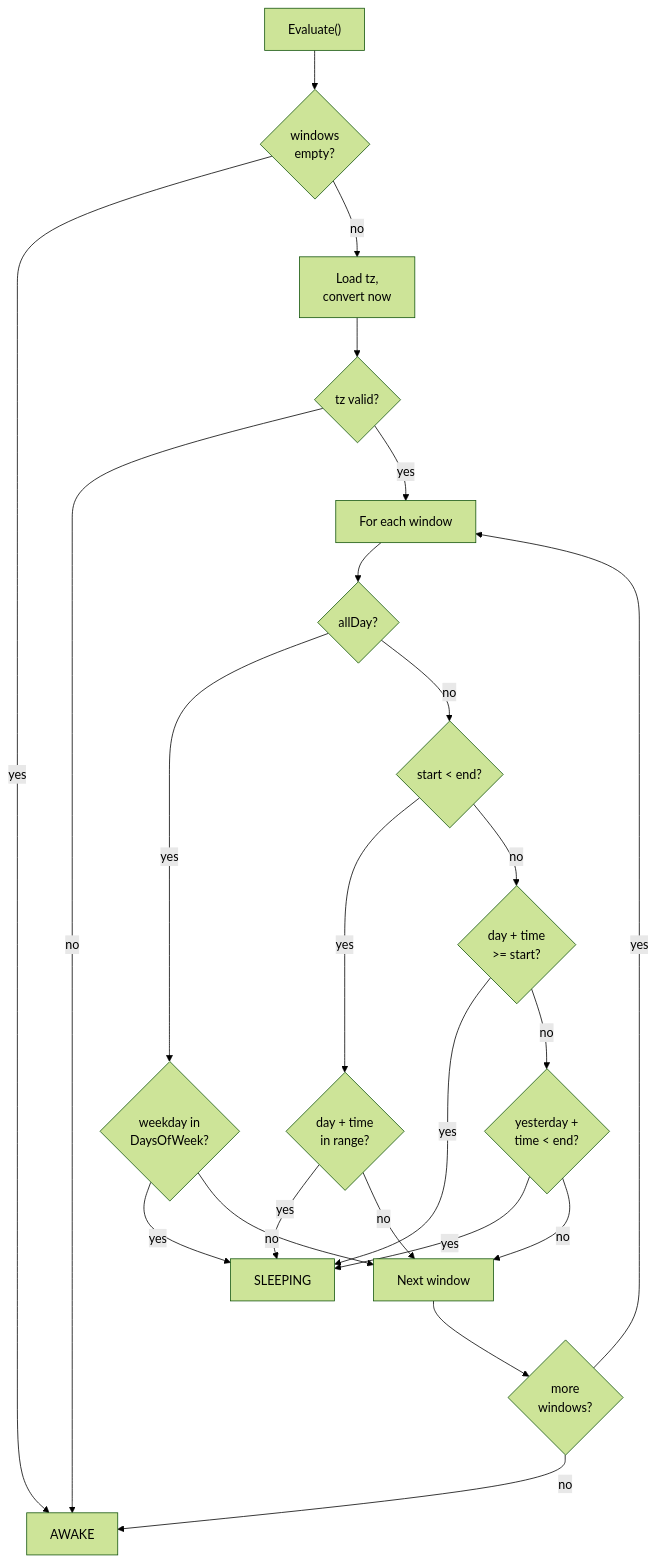
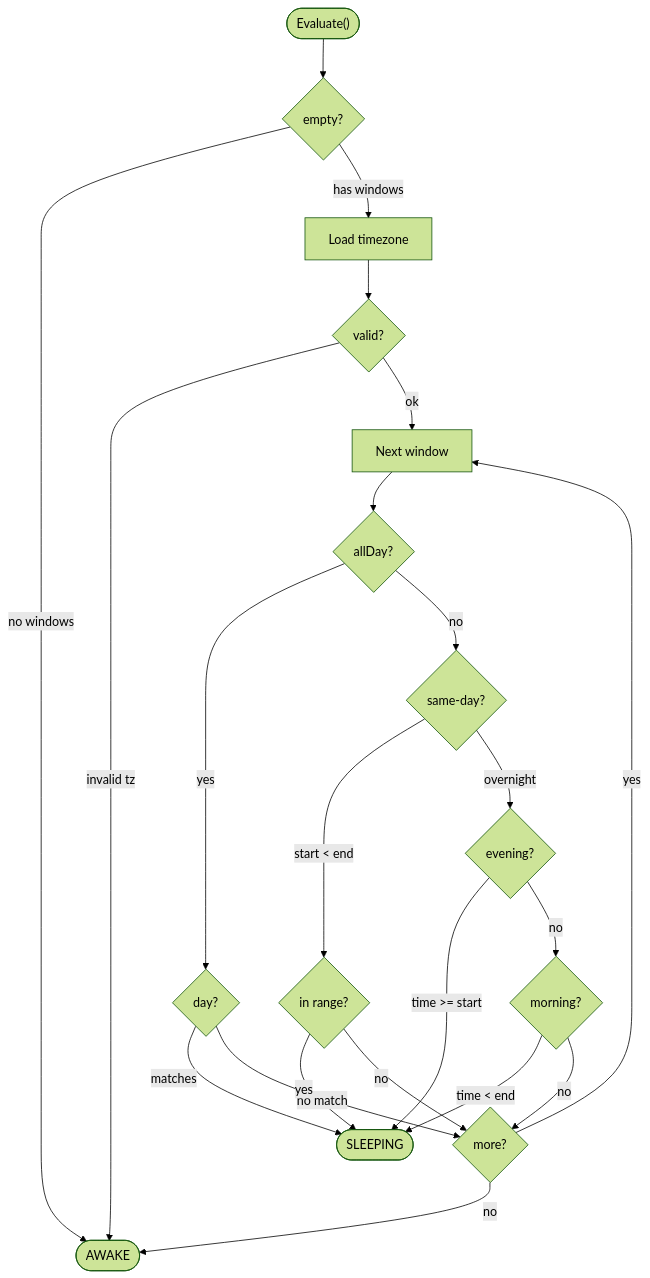
Before and after one commit to MacXsimilian/kube-phoenix: the second of 3 diagrams in docs/WINDOW_NATIVE_SCHEDULING.md, drawn with Mermaid (forest theme).

Commit message:
docs: redesign evaluator flowchart for GitHub Mermaid rendering
Diamond nodes clip text beyond ~6 characters. Use single-word labels
in all decision nodes and move descriptive context into edge labels.
Use stadium-shaped nodes for terminal states.

````diff
--- a/docs/WINDOW_NATIVE_SCHEDULING.md
+++ b/docs/WINDOW_NATIVE_SCHEDULING.md
@@ -198,30 +198,30 @@
 ```mermaid
 flowchart TD
-    Start["Evaluate()"] --> Empty{windows\nempty?}
-    Empty -->|yes| Awake[AWAKE]
-    Empty -->|no| LoadTZ["Load tz,\nconvert now"]
-    LoadTZ --> BadTZ{tz valid?}
-    BadTZ -->|no| Awake
-    BadTZ -->|yes| Loop[For each window]
+    Start(["Evaluate()"]) --> Empty{empty?}
+    Empty -->|no windows| Awake([AWAKE])
+    Empty -->|has windows| LoadTZ["Load timezone"]
+    LoadTZ --> BadTZ{valid?}
+    BadTZ -->|invalid tz| Awake
+    BadTZ -->|ok| Loop["Next window"]
 
-    Loop --> IsAllDay{allDay?}
-    IsAllDay -->|yes| DayMatch{weekday in\nDaysOfWeek?}
-    DayMatch -->|yes| Sleeping[SLEEPING]
-    DayMatch -->|no| Next[Next window]
+    Loop --> AllDay{allDay?}
+    AllDay -->|yes| DayOK{day?}
+    DayOK -->|matches| Sleep([SLEEPING])
+    DayOK -->|no match| More
 
-    IsAllDay -->|no| SameDay{start < end?}
+    AllDay -->|no| Same{same-day?}
 
-    SameDay -->|yes| SDCheck{day + time\nin range?}
-    SDCheck -->|yes| Sleeping
-    SDCheck -->|no| Next
+    Same -->|start < end| InRange{in range?}
+    InRange -->|yes| Sleep
+    InRange -->|no| More
 
-    SameDay -->|no| EveningCheck{day + time\n>= start?}
-    EveningCheck -->|yes| Sleeping
-    EveningCheck -->|no| MorningCheck{yesterday +\ntime < end?}
-    MorningCheck -->|yes| Sleeping
-    MorningCheck -->|no| Next
+    Same -->|overnight| PM{evening?}
+    PM -->|time >= start| Sleep
+    PM -->|no| AM{morning?}
+    AM -->|time < end| Sleep
+    AM -->|no| More
 
-    Next --> MoreWindows{more\nwindows?}
-    MoreWindows -->|yes| Loop
-    MoreWindows -->|no| Awake
+    More{more?}
+    More -->|yes| Loop
+    More -->|no| Awake
 ```
````
